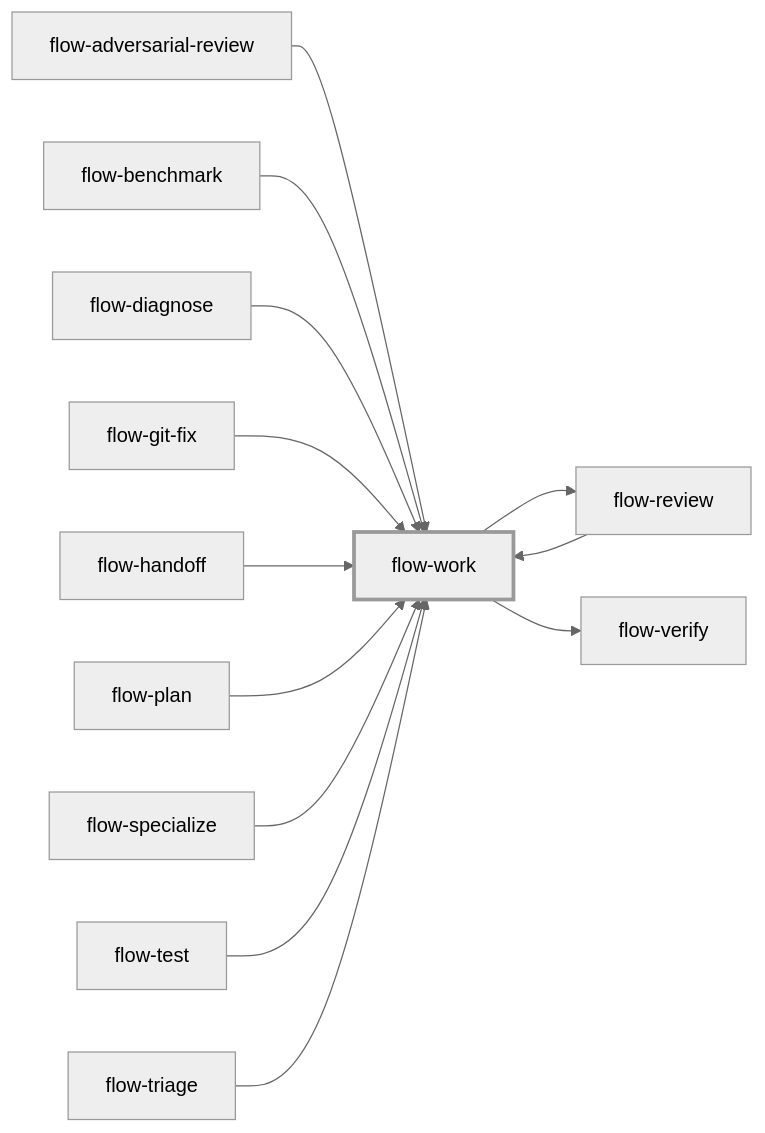
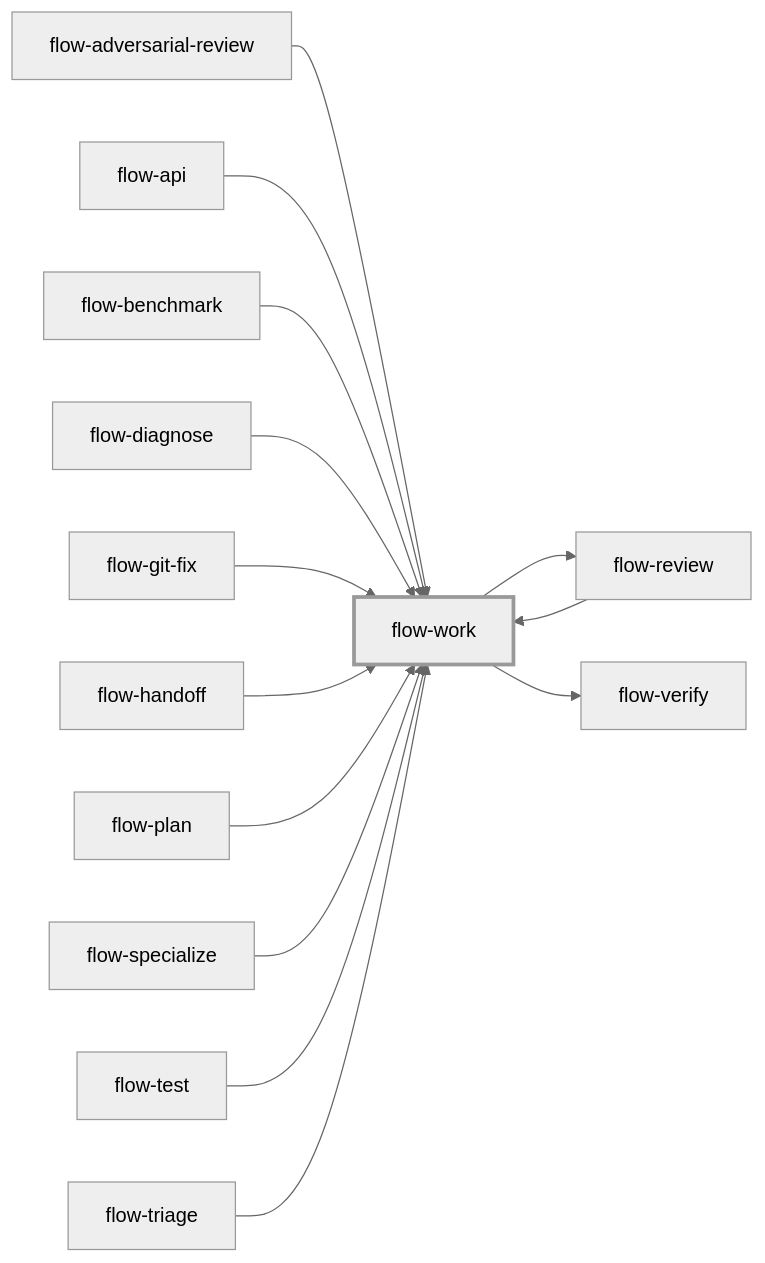
One commit to emiliodominguez/flow-skills changed the diagram in docs/skills/flow-work.md. Above: the diagram before and after it, drawn with Mermaid (neutral theme). The commit also changed other lines of this file and 76 other files, not shown here.

First line of the commit message:
feat(skills): add flow-api, flow-observe and flow-write-skill; trigger-first descriptions

````diff
--- a/docs/skills/flow-work.md
+++ b/docs/skills/flow-work.md
@@ -9,29 +9,31 @@
 ```mermaid
 flowchart LR
   flow_work["flow-work"]
   flow_adversarial_review["flow-adversarial-review"]
+  flow_api["flow-api"]
   flow_benchmark["flow-benchmark"]
   flow_diagnose["flow-diagnose"]
   flow_git_fix["flow-git-fix"]
   flow_handoff["flow-handoff"]
   flow_plan["flow-plan"]
   flow_review["flow-review"]
   flow_specialize["flow-specialize"]
   flow_test["flow-test"]
   flow_triage["flow-triage"]
   flow_verify["flow-verify"]
   flow_adversarial_review --> flow_work
+  flow_api --> flow_work
   flow_benchmark --> flow_work
   flow_diagnose --> flow_work
   flow_git_fix --> flow_work
   flow_handoff --> flow_work
   flow_plan --> flow_work
   flow_review --> flow_work
   flow_specialize --> flow_work
   flow_test --> flow_work
   flow_triage --> flow_work
   flow_work --> flow_review
   flow_work --> flow_verify
   classDef focus stroke-width:3px
   class flow_work focus
 ```
````
